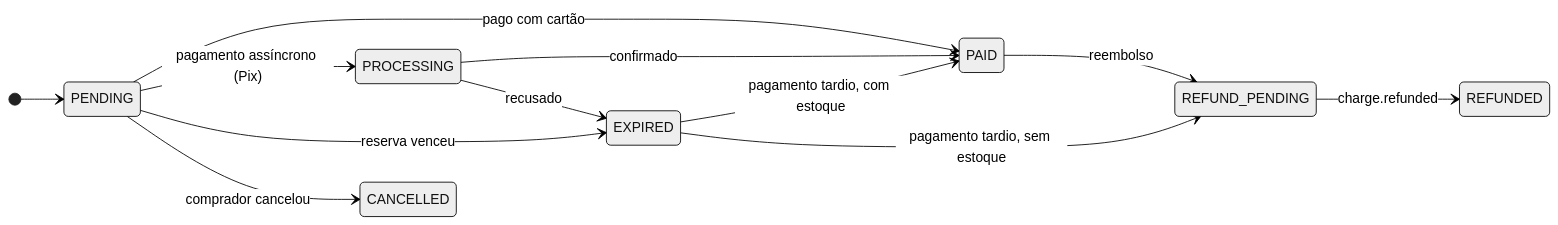
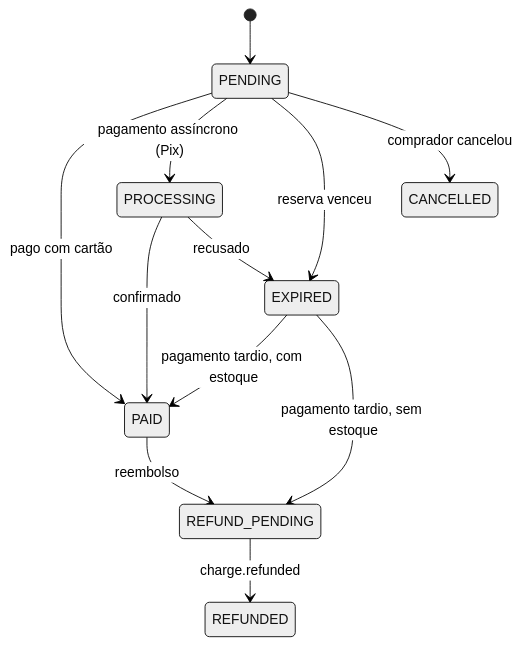
One commit to ViniGHub/TicketFlow changed the third of 4 diagrams in README.md. Above: the diagram before and after it, drawn with Mermaid (neutral theme). The commit also changed other lines of this file, not shown here.

First line of the commit message:
docs: melhorar a legibilidade dos diagramas do README

````diff
--- a/README.md
+++ b/README.md
@@ -92,15 +92,14 @@
 ```mermaid
 stateDiagram-v2
-    direction LR
     [*] --> PENDING
     PENDING --> PAID: pago com cartão
     PENDING --> PROCESSING: pagamento assíncrono (Pix)
     PROCESSING --> PAID: confirmado
     PROCESSING --> EXPIRED: recusado
     PENDING --> EXPIRED: reserva venceu
     PENDING --> CANCELLED: comprador cancelou
     EXPIRED --> PAID: pagamento tardio, com estoque
     EXPIRED --> REFUND_PENDING: pagamento tardio, sem estoque
     PAID --> REFUND_PENDING: reembolso
     REFUND_PENDING --> REFUNDED: charge.refunded
 ```
````
